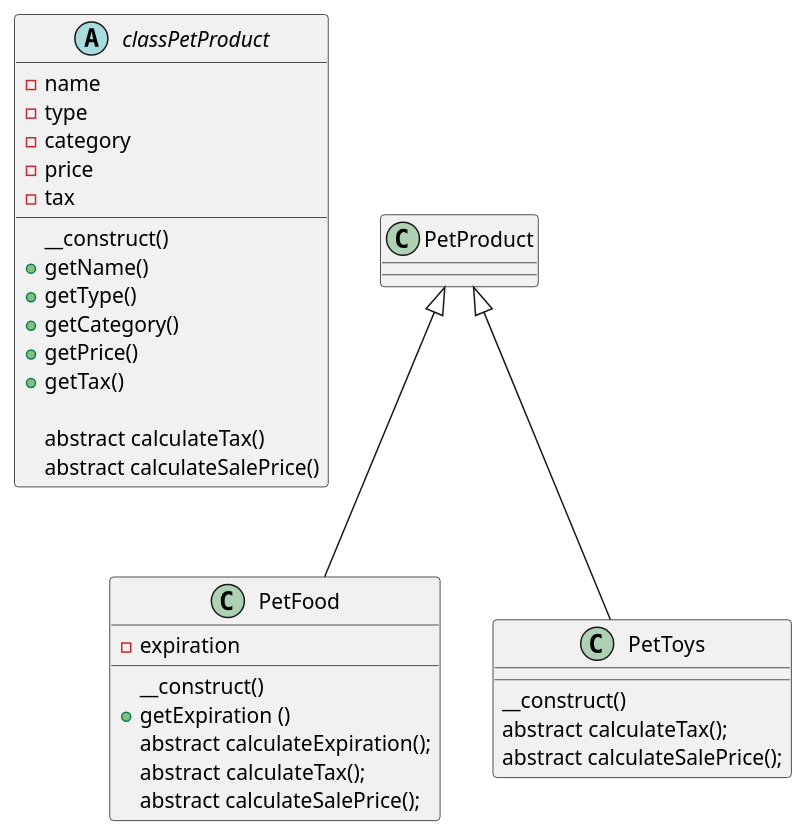
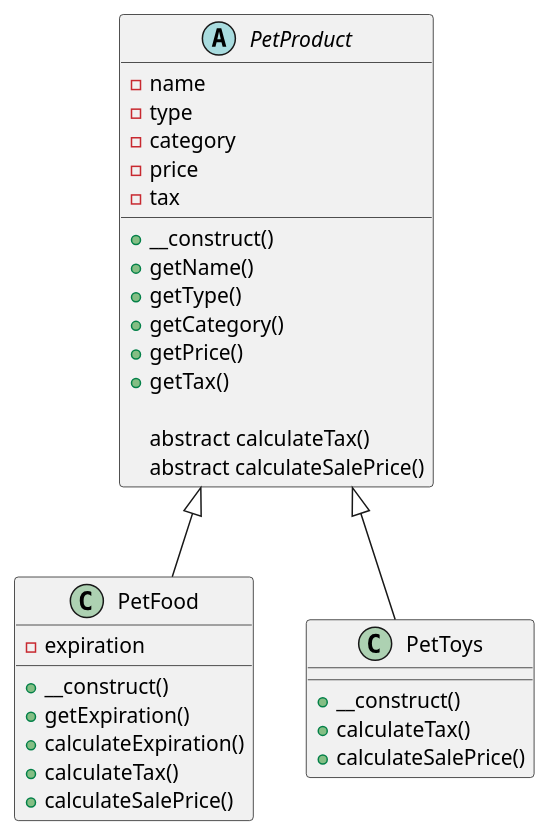
The diagram in project-1/tables.puml (aysegulaksu/block3-adv-web), drawn with PlantUML before and after one commit. The commit also changed 1 other file, not shown here.

```diff
--- a/project-1/tables.puml
+++ b/project-1/tables.puml
@@ -2,39 +1,37 @@
 @startuml
 
-abstract classPetProduct {
-  -name
-  -type
-  -category
-  -price
-  -tax
+abstract class PetProduct {
+  - name
+  - type
+  - category
+  - price
+  - tax
 
-  __construct()
-  +getName()
-  +getType()
-  +getCategory()
-  +getPrice()
-  +getTax()
+  + __construct()
+  + getName()
+  + getType()
+  + getCategory()
+  + getPrice()
+  + getTax()
   
   abstract calculateTax()
   abstract calculateSalePrice()
 }
 
 class PetFood extends PetProduct {
+  - expiration
 
-  -expiration
-__construct()
-+getExpiration ()
- abstract calculateExpiration();
- abstract calculateTax();
- abstract calculateSalePrice();
+  + __construct()
+  + getExpiration()
+  + calculateExpiration()
+  + calculateTax()
+  + calculateSalePrice()
 }
 
 class PetToys extends PetProduct {
-    __construct()
- abstract calculateTax();
- abstract calculateSalePrice();
-
+  + __construct()
+  + calculateTax()
+  + calculateSalePrice()
 }
 
-
 @enduml
```
